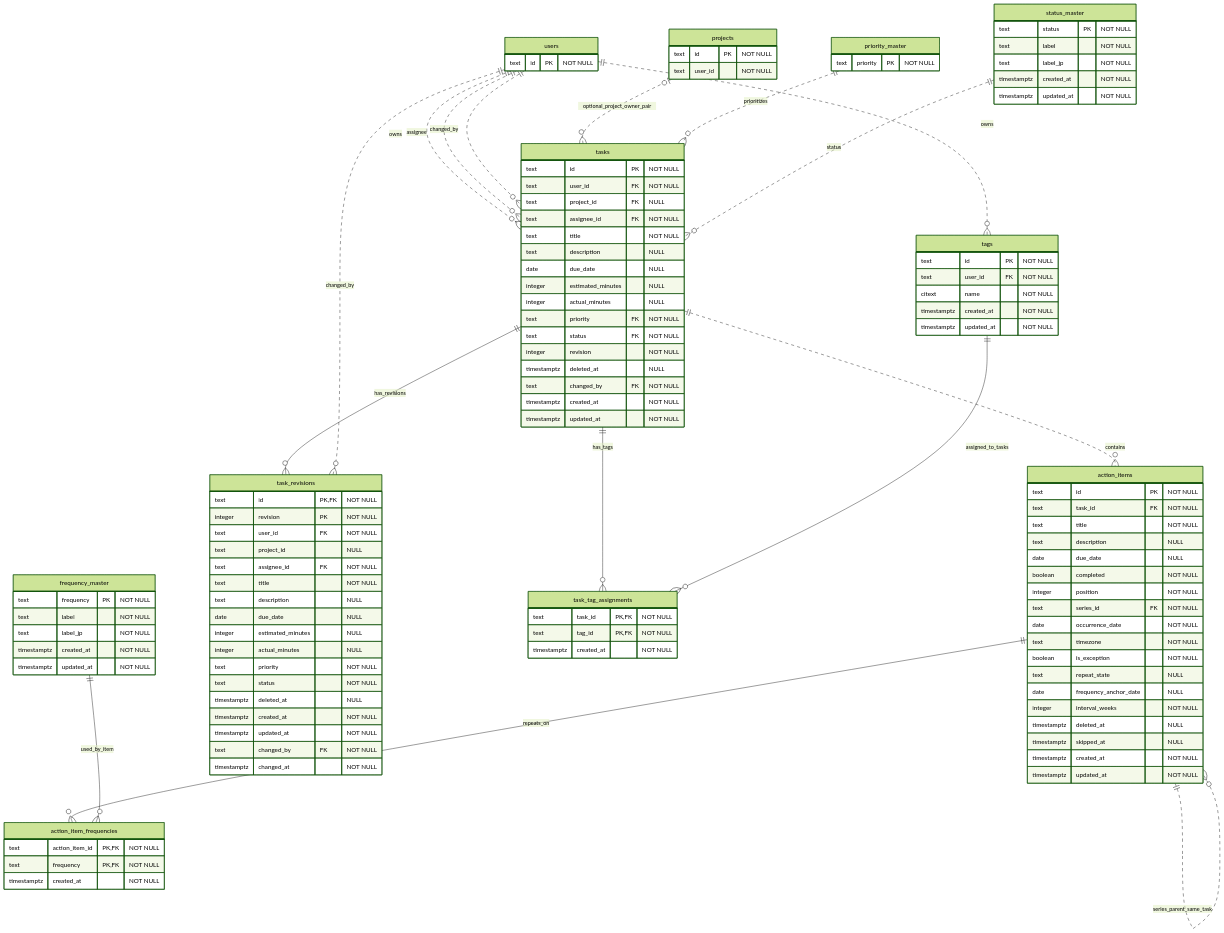
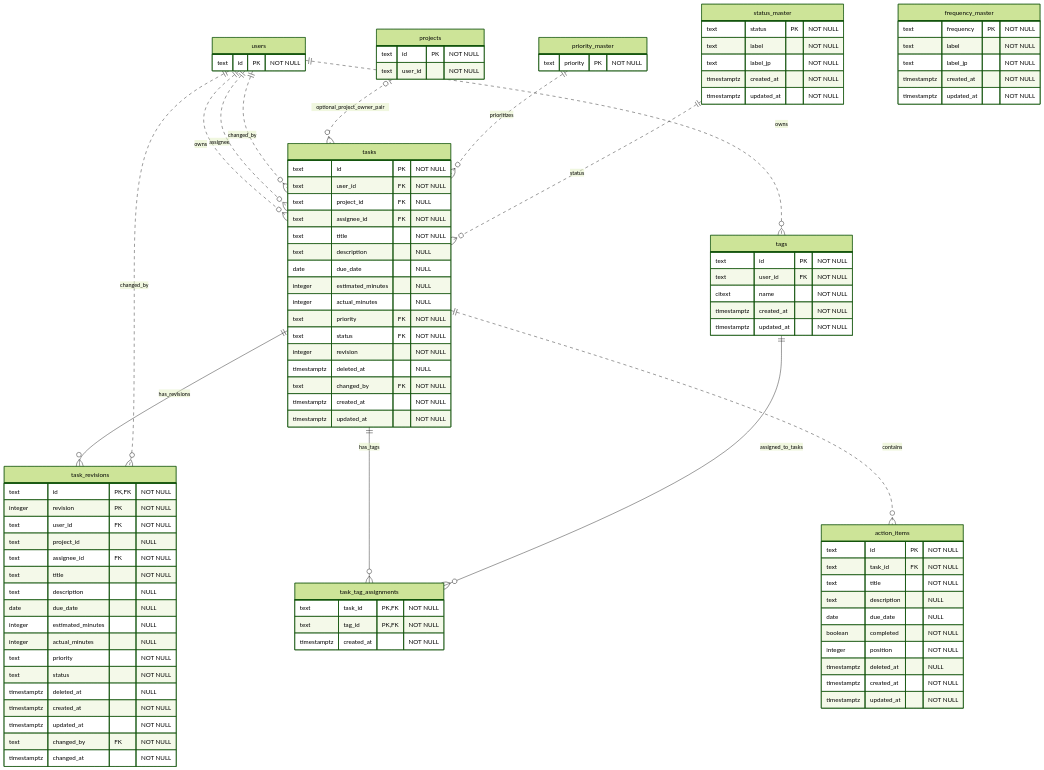
One commit to Najah7/task2todaytodo changed the diagram in backend/db/er/task.mmd. Above: the diagram before and after it, drawn with Mermaid (forest theme). The commit also changed 128 other files, not shown here.

Commit message:
🔥 (action-items): drop recurrence support

```diff
--- a/backend/db/er/task.mmd
+++ b/backend/db/er/task.mmd
@@ -1,131 +1,112 @@
 erDiagram
     %% External references: users, projects, priority_master, roles, and project_members.
     %% Composite FK: tasks(project_id, user_id) -> projects(id, user_id).
-    %% Composite self-FK: action_items(series_id, task_id) -> action_items(id, task_id).
-    %% Composite unique keys: tags(user_id, name), action_items(id, task_id).
-    %% Partial unique index: action_items(series_id, occurrence_date), only when id <> series_id.
+    %% Composite unique key: tags(user_id, name).
 
     users {
         text id PK "NOT NULL"
     }
 
     projects {
         text id PK "NOT NULL"
         text user_id "NOT NULL"
     }
 
     priority_master {
         text priority PK "NOT NULL"
     }
 
     status_master {
         text status PK "NOT NULL"
         text label "NOT NULL"
         text label_jp "NOT NULL"
         timestamptz created_at "NOT NULL"
         timestamptz updated_at "NOT NULL"
     }
 
     frequency_master {
         text frequency PK "NOT NULL"
         text label "NOT NULL"
         text label_jp "NOT NULL"
         timestamptz created_at "NOT NULL"
         timestamptz updated_at "NOT NULL"
     }
 
     tasks {
         text id PK "NOT NULL"
         text user_id FK "NOT NULL"
         text project_id FK "NULL"
         text assignee_id FK "NOT NULL"
         text title "NOT NULL"
         text description "NULL"
         date due_date "NULL"
         integer estimated_minutes "NULL"
         integer actual_minutes "NULL"
         text priority FK "NOT NULL"
         text status FK "NOT NULL"
         integer revision "NOT NULL"
         timestamptz deleted_at "NULL"
         text changed_by FK "NOT NULL"
         timestamptz created_at "NOT NULL"
         timestamptz updated_at "NOT NULL"
     }
 
     task_revisions {
         text id PK, FK "NOT NULL"
         integer revision PK "NOT NULL"
         text user_id FK "NOT NULL"
         text project_id "NULL"
         text assignee_id FK "NOT NULL"
         text title "NOT NULL"
         text description "NULL"
         date due_date "NULL"
         integer estimated_minutes "NULL"
         integer actual_minutes "NULL"
         text priority "NOT NULL"
         text status "NOT NULL"
         timestamptz deleted_at "NULL"
         timestamptz created_at "NOT NULL"
         timestamptz updated_at "NOT NULL"
         text changed_by FK "NOT NULL"
         timestamptz changed_at "NOT NULL"
     }
 
     tags {
         text id PK "NOT NULL"
         text user_id FK "NOT NULL"
         citext name "NOT NULL"
         timestamptz created_at "NOT NULL"
         timestamptz updated_at "NOT NULL"
     }
 
     task_tag_assignments {
         text task_id PK, FK "NOT NULL"
         text tag_id PK, FK "NOT NULL"
         timestamptz created_at "NOT NULL"
     }
 
     action_items {
         text id PK "NOT NULL"
         text task_id FK "NOT NULL"
         text title "NOT NULL"
         text description "NULL"
         date due_date "NULL"
         boolean completed "NOT NULL"
         integer position "NOT NULL"
-        text series_id FK "NOT NULL"
-        date occurrence_date "NOT NULL"
-        text timezone "NOT NULL"
-        boolean is_exception "NOT NULL"
-        text repeat_state "NULL"
-        date frequency_anchor_date "NULL"
-        integer interval_weeks "NOT NULL"
         timestamptz deleted_at "NULL"
-        timestamptz skipped_at "NULL"
         timestamptz created_at "NOT NULL"
         timestamptz updated_at "NOT NULL"
-    }
-
-    action_item_frequencies {
-        text action_item_id PK, FK "NOT NULL"
-        text frequency PK, FK "NOT NULL"
-        timestamptz created_at "NOT NULL"
     }
 
     users ||..o{ tasks : owns
     users ||..o{ tasks : assignee
     users ||..o{ tasks : changed_by
     projects |o..o{ tasks : optional_project_owner_pair
     priority_master ||..o{ tasks : prioritizes
     status_master ||..o{ tasks : status
     tasks ||--o{ task_revisions : has_revisions
     users ||..o{ task_revisions : changed_by
     users ||..o{ tags : owns
     tasks ||--o{ task_tag_assignments : has_tags
     tags ||--o{ task_tag_assignments : assigned_to_tasks
     tasks ||..o{ action_items : contains
-    action_items ||..o{ action_items : series_parent_same_task
-    action_items ||--o{ action_item_frequencies : repeats_on
-    frequency_master ||--o{ action_item_frequencies : used_by_item
```
